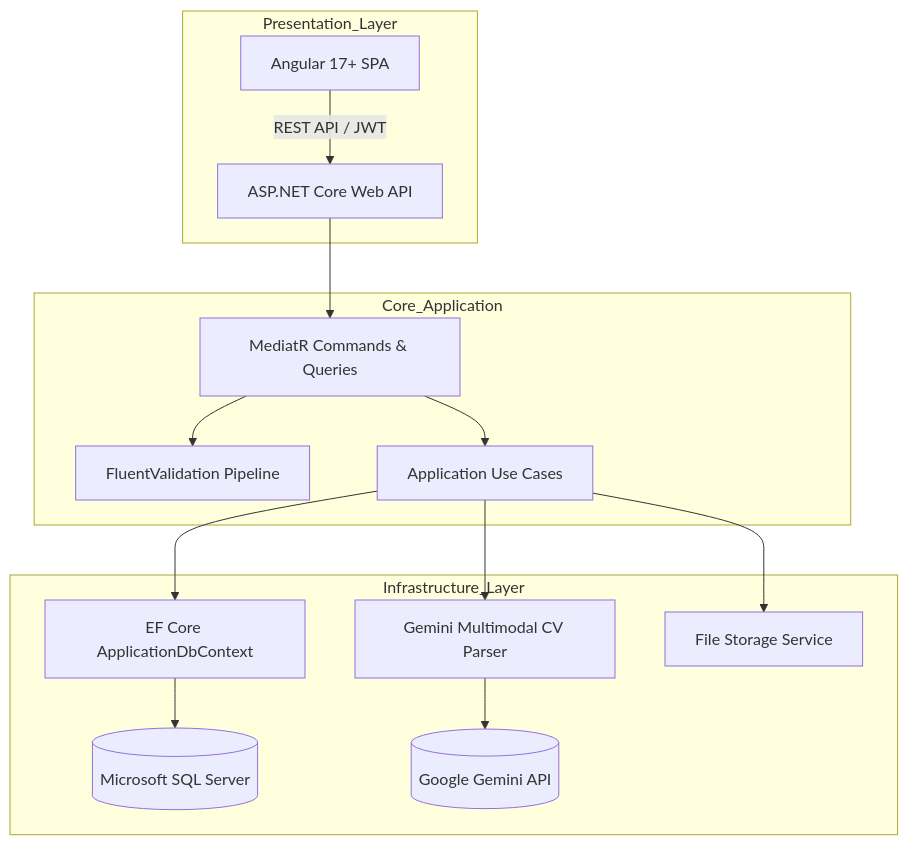
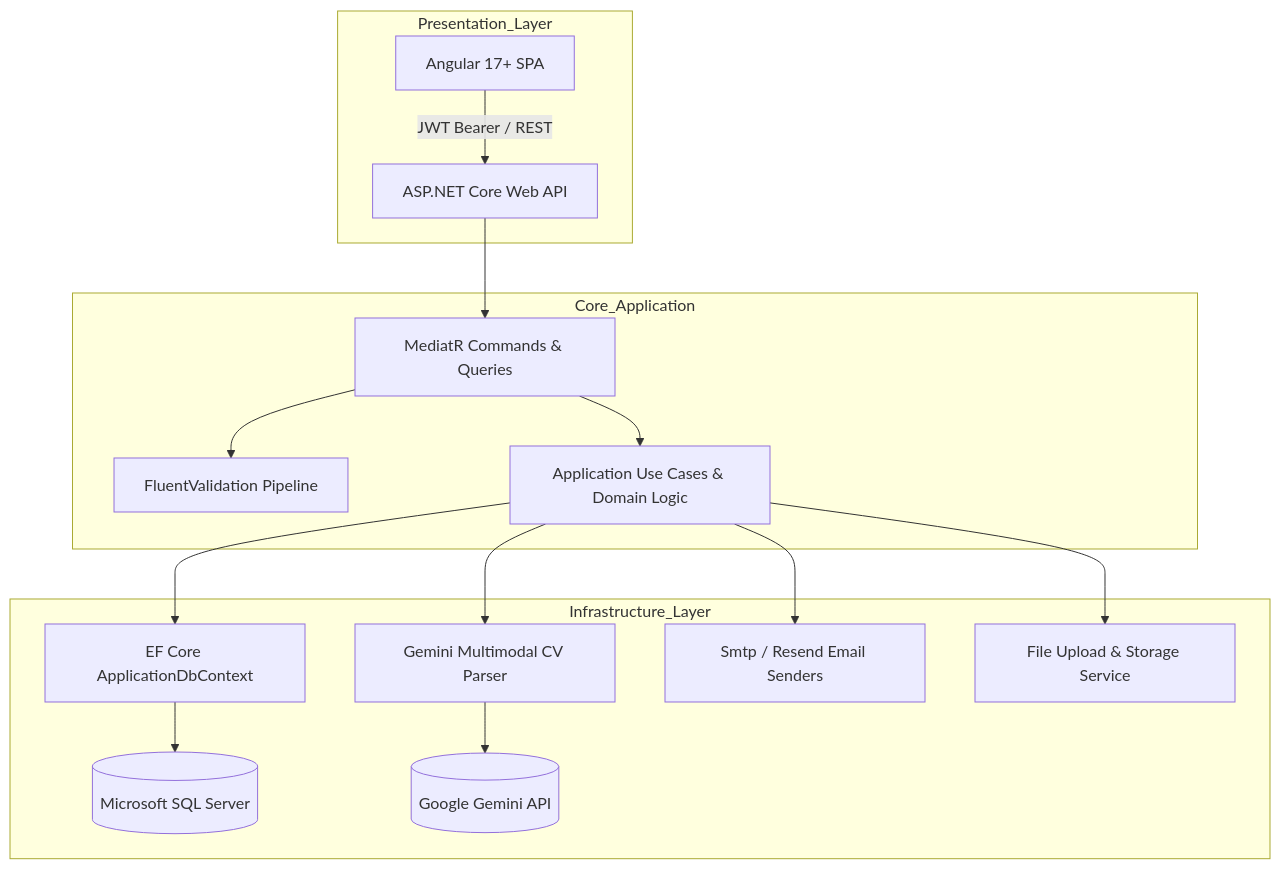
Before and after one commit to Abdallah72296/DevPortfolio: the diagram in README.md, drawn with Mermaid. The commit also changed other lines of this file and 2 other files, not shown here.

````diff
--- a/README.md
+++ b/README.md
@@ -64,20 +86,21 @@
 ```mermaid
 graph TD
     subgraph Presentation_Layer
-        A[Angular 17+ SPA] -->|REST API / JWT| B[ASP.NET Core Web API]
+        A[Angular 17+ SPA] -->|JWT Bearer / REST| B[ASP.NET Core Web API]
     end
 
     subgraph Core_Application
         B --> C[MediatR Commands & Queries]
         C --> D[FluentValidation Pipeline]
-        C --> E[Application Use Cases]
+        C --> E[Application Use Cases & Domain Logic]
     end
 
     subgraph Infrastructure_Layer
         E --> F[EF Core ApplicationDbContext]
         E --> G[Gemini Multimodal CV Parser]
-        E --> H[File Storage Service]
-        F --> I[(Microsoft SQL Server)]
-        G --> J[(Google Gemini API)]
+        E --> H[Smtp / Resend Email Senders]
+        E --> I[File Upload & Storage Service]
+        F --> J[(Microsoft SQL Server)]
+        G --> K[(Google Gemini API)]
     end
 ```
````
